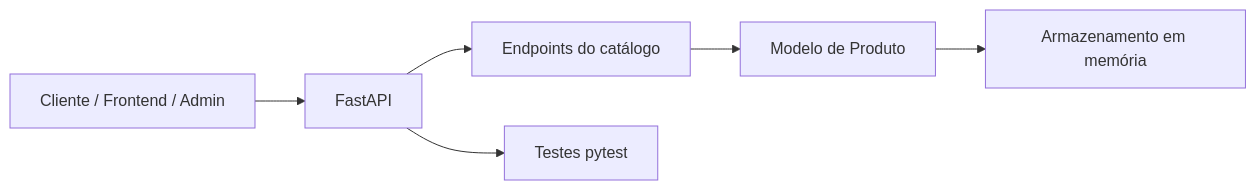
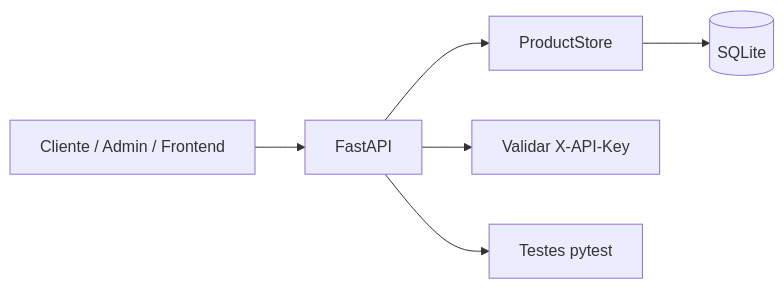
The diagram in ecommerce/README.md (LJCGJ/exercicios-de-treinamento), drawn with Mermaid before and after one commit. The commit also changed other lines of this file and 5 other files, not shown here.

Commit message:
feat: Revise documentation for e-commerce API, enhancing clarity on features, authentication, and architecture

````diff
--- a/ecommerce/README.md
+++ b/ecommerce/README.md
@@ -27,8 +28,8 @@
 ```mermaid
 flowchart LR
-    Client[Cliente / Frontend / Admin] --> API[FastAPI]
-    API --> CRUD[Endpoints do catálogo]
-    CRUD --> Model[Modelo de Produto]
-    Model --> Store[Armazenamento em memória]
+    Client[Cliente / Admin / Frontend] --> API[FastAPI]
+    API --> Store[ProductStore]
+    Store --> DB[(SQLite)]
+    API --> Auth[Validar X-API-Key]
     API --> Tests[Testes pytest]
 ```
````
